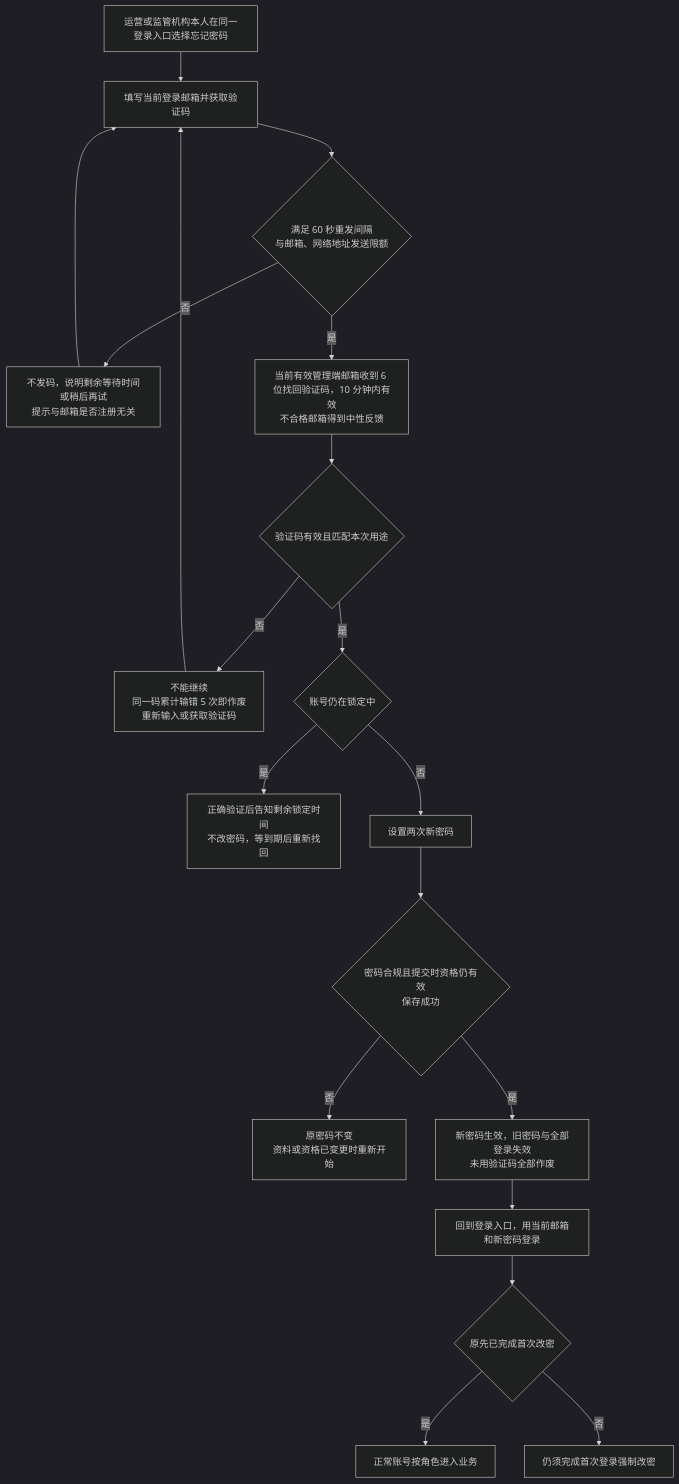
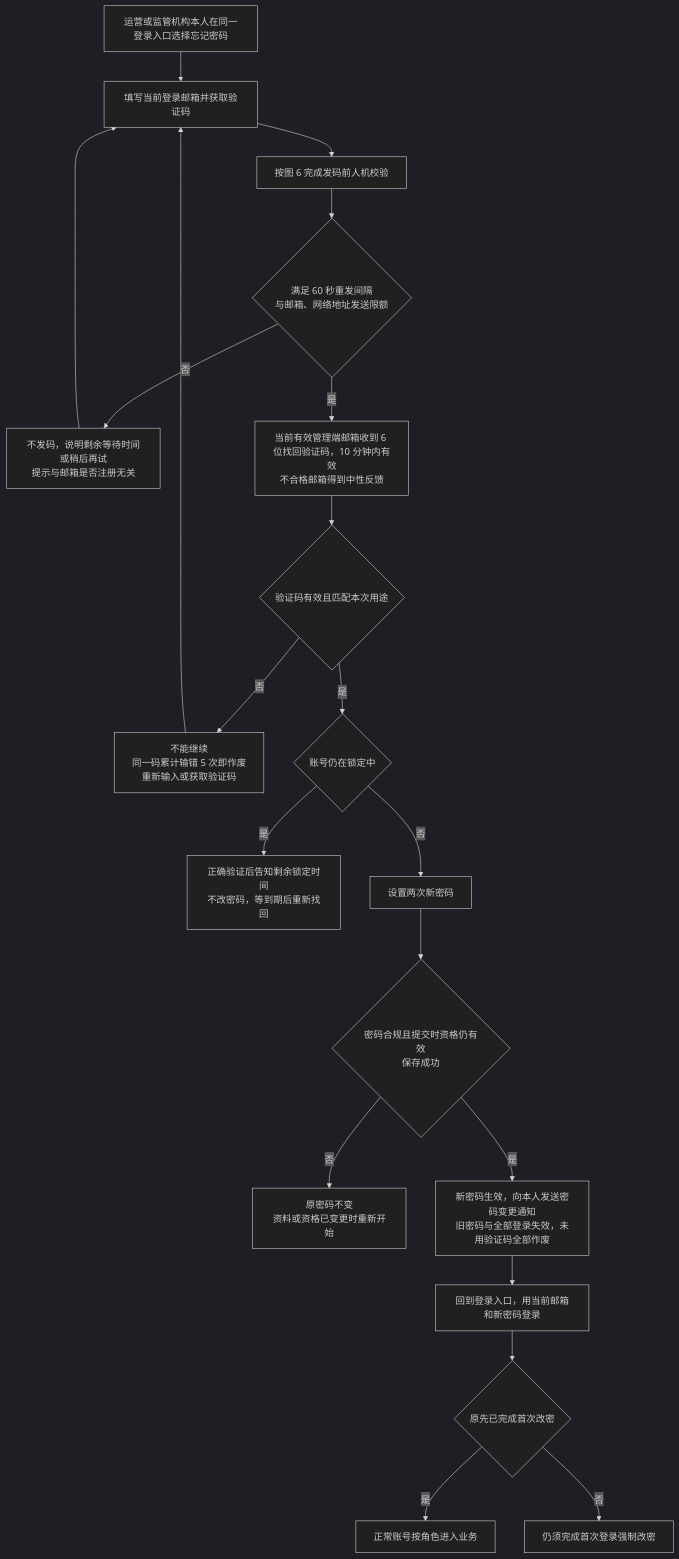
The sixth of 9 diagrams in token-issuance-platform/PRD/管理端/M5-管理端登录与权限/02-管理端登录与权限-流程图与状态机.md (wxblockchain/Chain-Financing), drawn with Mermaid (dark theme) before and after one commit. The commit also changed other lines of this file and 33 other files, not shown here.

````diff
--- a/token-issuance-platform/PRD/管理端/M5-管理端登录与权限/02-管理端登录与权限-流程图与状态机.md
+++ b/token-issuance-platform/PRD/管理端/M5-管理端登录与权限/02-管理端登录与权限-流程图与状态机.md
@@ -129,21 +138,22 @@
 ```mermaid
 flowchart TD
     A[运营或监管机构本人在同一登录入口选择忘记密码] --> B[填写当前登录邮箱并获取验证码]
-    B --> B1{满足 60 秒重发间隔<br/>与邮箱、网络地址发送限额}
+    B --> B0[按图 6 完成发码前人机校验]
+    B0 --> B1{满足 60 秒重发间隔<br/>与邮箱、网络地址发送限额}
     B1 -->|否| B2[不发码，说明剩余等待时间或稍后再试<br/>提示与邮箱是否注册无关]
     B2 --> B
     B1 -->|是| C[当前有效管理端邮箱收到 6 位找回验证码，10 分钟内有效<br/>不合格邮箱得到中性反馈]
     C --> D{验证码有效且匹配本次用途}
     D -->|否| E[不能继续<br/>同一码累计输错 5 次即作废<br/>重新输入或获取验证码]
     E --> B
     D -->|是| F{账号仍在锁定中}
     F -->|是| G[正确验证后告知剩余锁定时间<br/>不改密码，等到期后重新找回]
     F -->|否| H[设置两次新密码]
     H --> I{密码合规且提交时资格仍有效<br/>保存成功}
     I -->|否| J[原密码不变<br/>资料或资格已变更时重新开始]
-    I -->|是| K[新密码生效，旧密码与全部登录失效<br/>未用验证码全部作废]
+    I -->|是| K[新密码生效，向本人发送密码变更通知<br/>旧密码与全部登录失效，未用验证码全部作废]
     K --> L[回到登录入口，用当前邮箱和新密码登录]
     L --> M{原先已完成首次改密}
     M -->|是| N[正常账号按角色进入业务]
     M -->|否| O[仍须完成首次登录强制改密]
 ```
````
